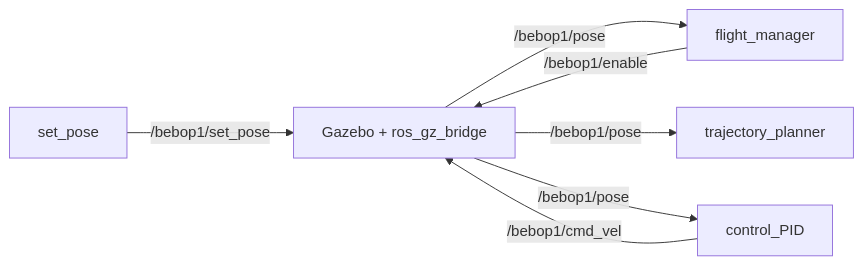
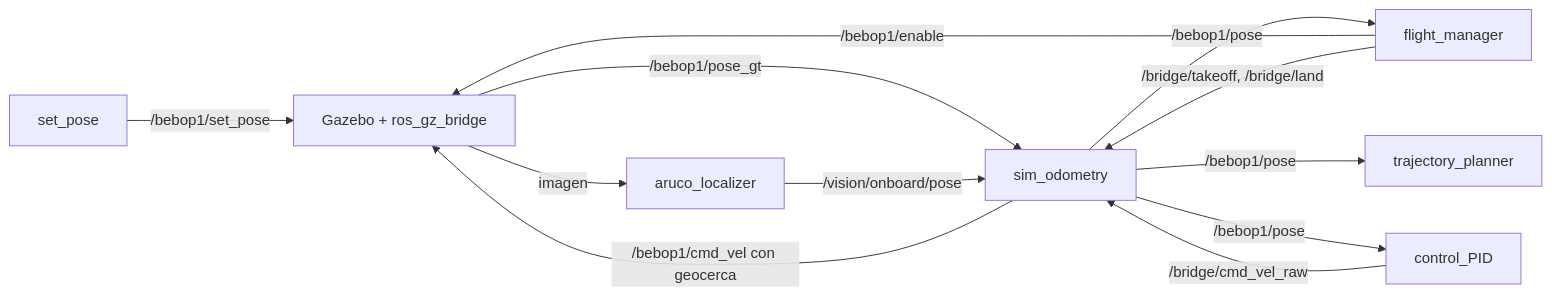
The second of 3 diagrams in DOCUMENTACION.md (emilianogp23/Vuelo_bebop_v1), drawn with Mermaid before and after one commit. The commit also changed other lines of this file and 70 other files, not shown here.

````diff
--- a/DOCUMENTACION.md
+++ b/DOCUMENTACION.md
@@ -157,9 +160,14 @@
 ```mermaid
 flowchart LR
-    gz[Gazebo + ros_gz_bridge] -->|/bebop1/pose| fm[flight_manager]
-    gz -->|/bebop1/pose| tp[trajectory_planner]
-    gz -->|/bebop1/pose| pid[control_PID]
+    gz[Gazebo + ros_gz_bridge] -->|/bebop1/pose_gt| so[sim_odometry]
+    gz -->|imagen| al[aruco_localizer]
+    al -->|/vision/onboard/pose| so
+    so -->|/bebop1/pose| fm[flight_manager]
+    so -->|/bebop1/pose| tp[trajectory_planner]
+    so -->|/bebop1/pose| pid[control_PID]
     fm -->|/bebop1/enable| gz
-    pid -->|/bebop1/cmd_vel| gz
+    fm -->|/bridge/takeoff, /bridge/land| so
+    pid -->|/bridge/cmd_vel_raw| so
+    so -->|/bebop1/cmd_vel con geocerca| gz
     sp[set_pose] -->|/bebop1/set_pose| gz
 ```
````
